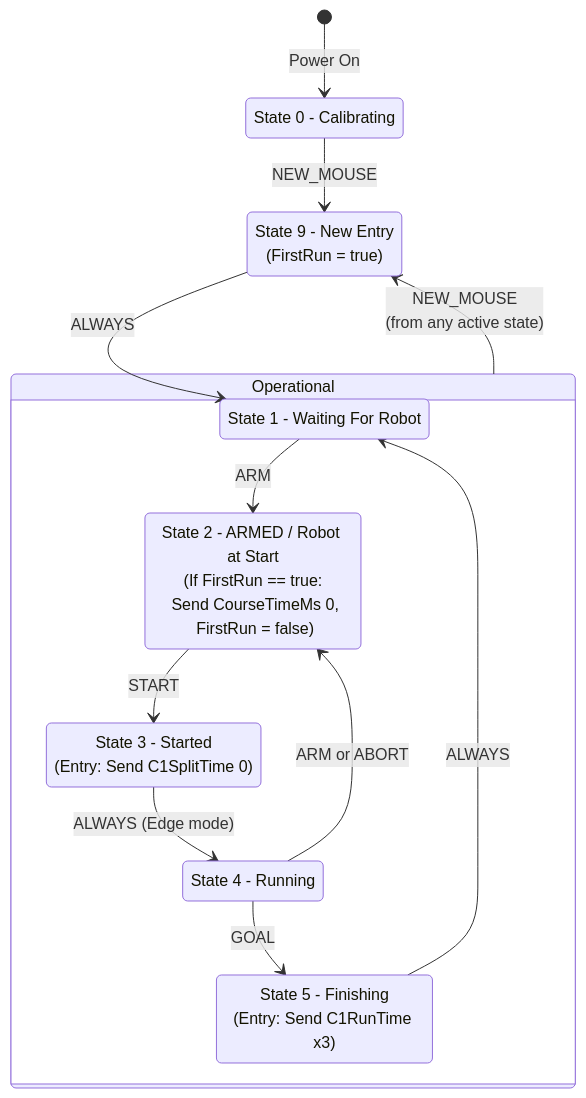
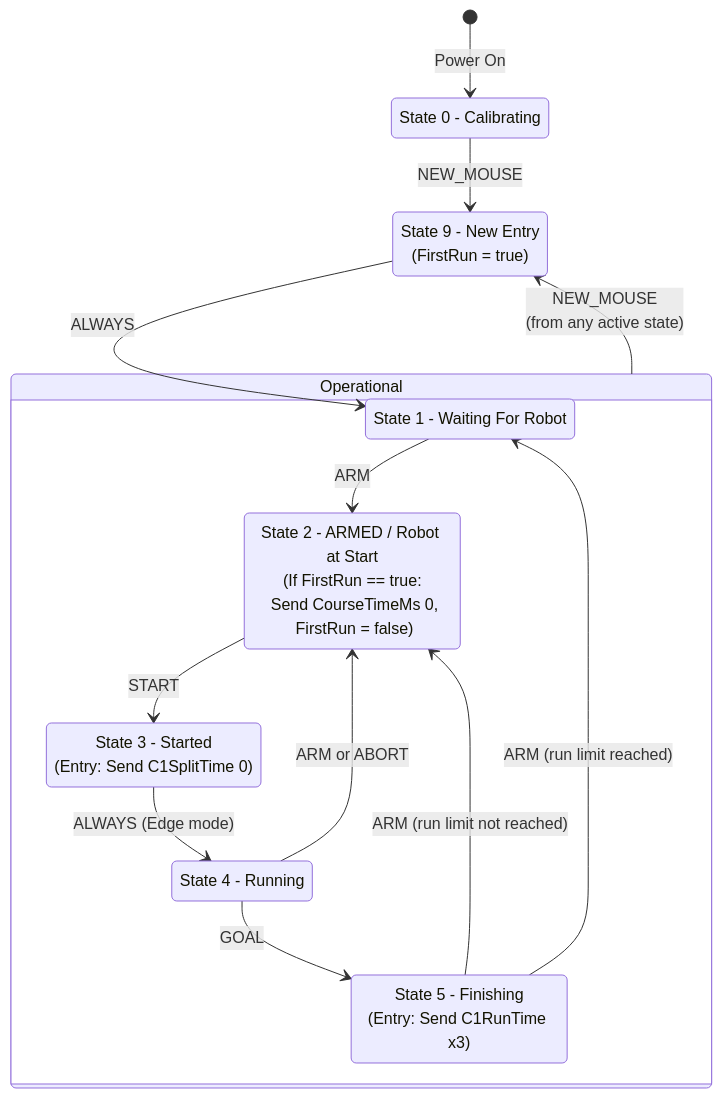
Before and after one commit to micromouseonline/kronos: the diagram in cerberus-gate-controller/docs/updated-state-table.md, drawn with Mermaid. The commit also changed other lines of this file and 15 other files, not shown here.

````diff
--- a/cerberus-gate-controller/docs/updated-state-table.md
+++ b/cerberus-gate-controller/docs/updated-state-table.md
@@ -52,33 +104,34 @@
 ```mermaid
 stateDiagram-v2
     direction TB
 
     [*] --> State0: Power On
     State0: State 0 - Calibrating
     State9: State 9 - New Entry<br/>(FirstRun = true)
     
     State0 --> State9: NEW_MOUSE
     State9 --> State1: ALWAYS
 
     %% Composite state grouping operational states
     state Operational {
         direction TB
         State1: State 1 - Waiting For Robot
         State2: State 2 - ARMED / Robot at Start<br/>(If FirstRun == true:<br/> Send CourseTimeMs 0,<br/> FirstRun = false)
         State3: State 3 - Started<br/>(Entry: Send C1SplitTime 0)
         State4: State 4 - Running
         State5: State 5 - Finishing<br/>(Entry: Send C1RunTime x3)
 
         State1 --> State2: ARM
         State2 --> State3: START
         State3 --> State4: ALWAYS (Edge mode)
         
         State4 --> State2: ARM or ABORT
         State4 --> State5: GOAL
 
-        State5 --> State1: ALWAYS
+        State5 --> State2: ARM (run limit not reached)
+        State5 --> State1: ARM (run limit reached)
     }
 
     %% Single transition representing global interrupt
     Operational --> State9: NEW_MOUSE <br/>(from any active state)
   ```
````
